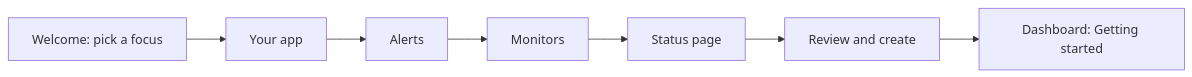
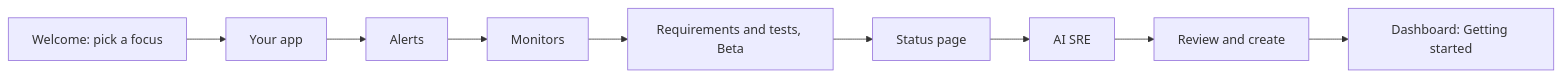
Before and after one commit to supercheck-io/supercheck: the diagram in docs/content/docs/app/project-setup.mdx, drawn with Mermaid. The commit also changed other lines of this file and 73 other files, not shown here.

First line of the commit message:
feat(setup): app scan, suggested requirements, AI SRE step and copy from project (#919)

````diff
--- a/docs/content/docs/app/project-setup.mdx
+++ b/docs/content/docs/app/project-setup.mdx
@@ -13,9 +13,11 @@
 ```mermaid
 flowchart LR
     A[Welcome: pick a focus] --> B[Your app]
     B --> C[Alerts]
     C --> D[Monitors]
-    D --> E[Status page]
-    E --> F[Review and create]
+    D --> T[Requirements and tests, Beta]
+    T --> E[Status page]
+    E --> S[AI SRE]
+    S --> F[Review and create]
     F --> G[Dashboard: Getting started]
 ```
````
